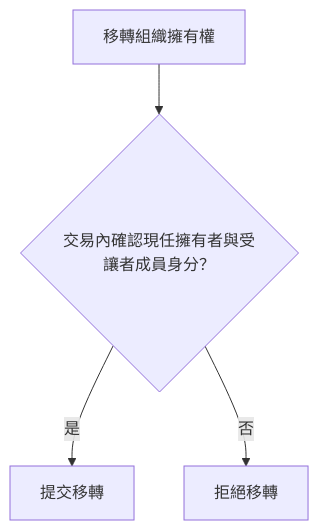
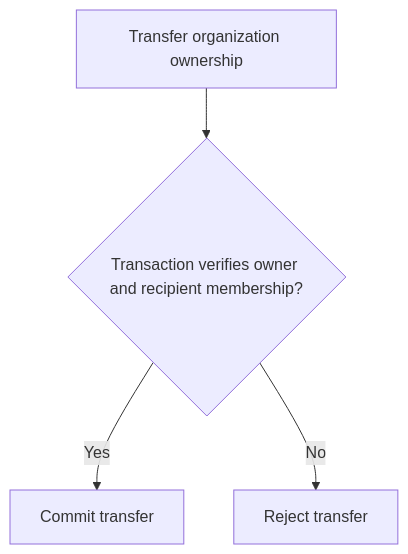
One commit to 963sup/line-mini-app-bot changed the diagram in docs/domains/organization/README.md. Above: the diagram before and after it, drawn with Mermaid. The commit also changed other lines of this file and 341 other files, not shown here.

````diff
--- a/docs/domains/organization/README.md
+++ b/docs/domains/organization/README.md
@@ -25,6 +31,6 @@
 ```mermaid
 flowchart TD
-    start["移轉組織擁有權"] --> gate{"交易內確認現任擁有者與受讓者成員身分？"}
-    gate -->|是| ok["提交移轉"]
-    gate -->|否| stop["拒絕移轉"]
+    start["Transfer organization ownership"] --> gate{"Transaction verifies owner and recipient membership?"}
+    gate -->|Yes| ok["Commit transfer"]
+    gate -->|No| stop["Reject transfer"]
 ```
````
